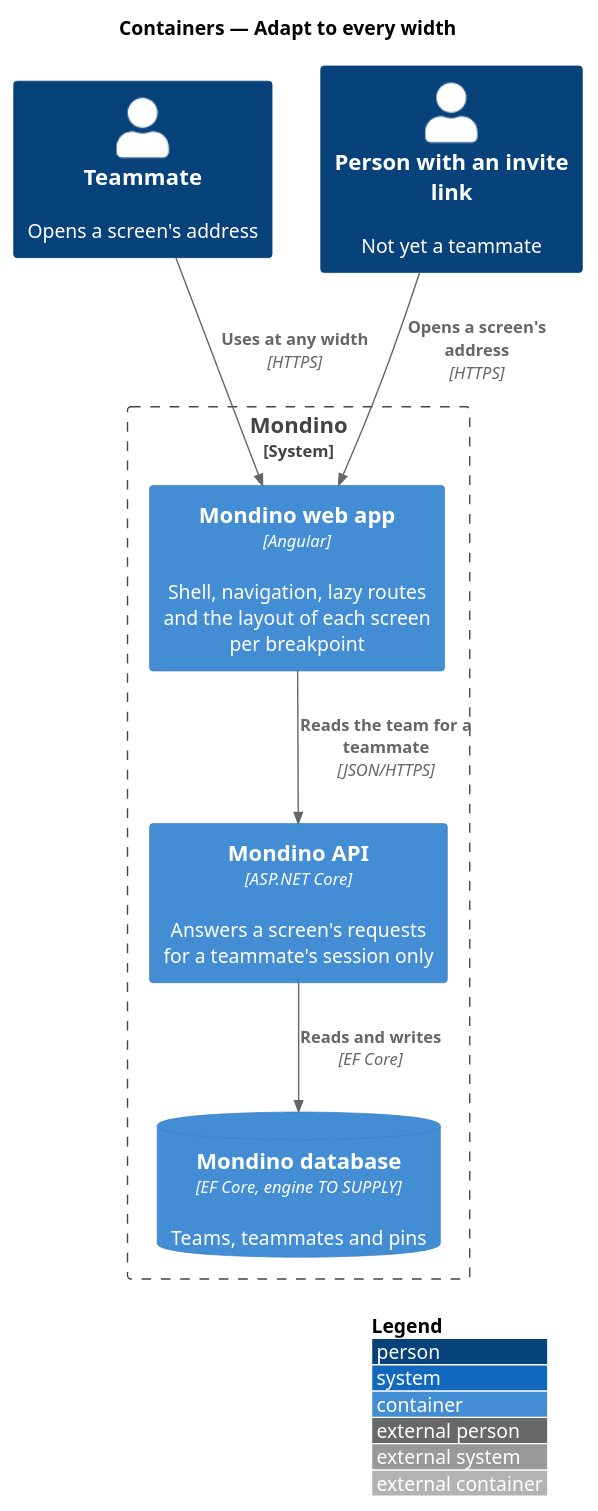
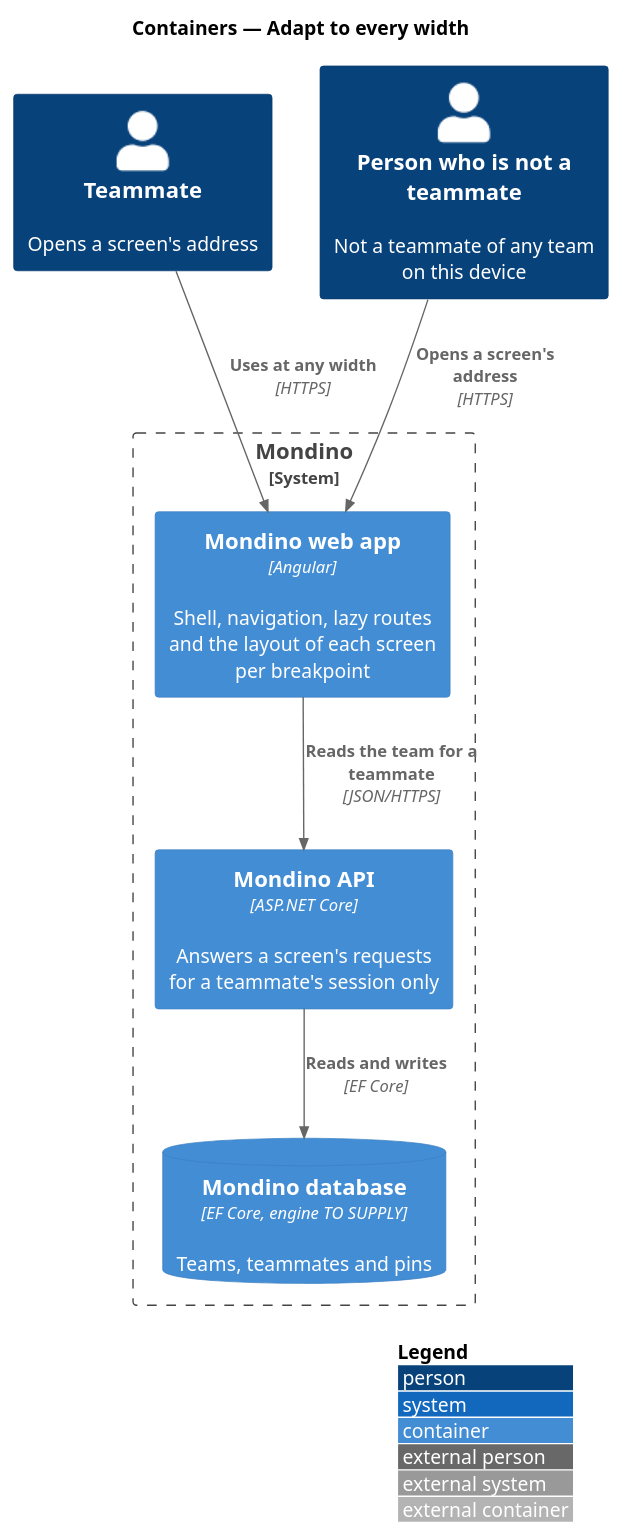
The diagram in docs/detailed-designs/platform/adapt-to-every-width/diagrams/c4-container.puml (QuinntyneBrown/Mondino), drawn with PlantUML before and after one commit. The commit also changed 3 other files, not shown here.

```diff
--- a/docs/detailed-designs/platform/adapt-to-every-width/diagrams/c4-container.puml
+++ b/docs/detailed-designs/platform/adapt-to-every-width/diagrams/c4-container.puml
@@ -1,19 +1,19 @@
 @startuml
 !include <C4/C4_Container>
 LAYOUT_WITH_LEGEND()
 title Containers — Adapt to every width
 
 Person(teammate, "Teammate", "Opens a screen's address")
-Person(visitor, "Person with an invite link", "Not yet a teammate")
+Person(visitor, "Person who is not a teammate", "Not a teammate of any team on this device")
 
 System_Boundary(mondino, "Mondino") {
   Container(spa, "Mondino web app", "Angular", "Shell, navigation, lazy routes and the layout of each screen per breakpoint")
   Container(api, "Mondino API", "ASP.NET Core", "Answers a screen's requests for a teammate's session only")
   ContainerDb(db, "Mondino database", "EF Core, engine TO SUPPLY", "Teams, teammates and pins")
 }
 
 Rel(teammate, spa, "Uses at any width", "HTTPS")
 Rel(visitor, spa, "Opens a screen's address", "HTTPS")
 Rel(spa, api, "Reads the team for a teammate", "JSON/HTTPS")
 Rel(api, db, "Reads and writes", "EF Core")
 @enduml
```
